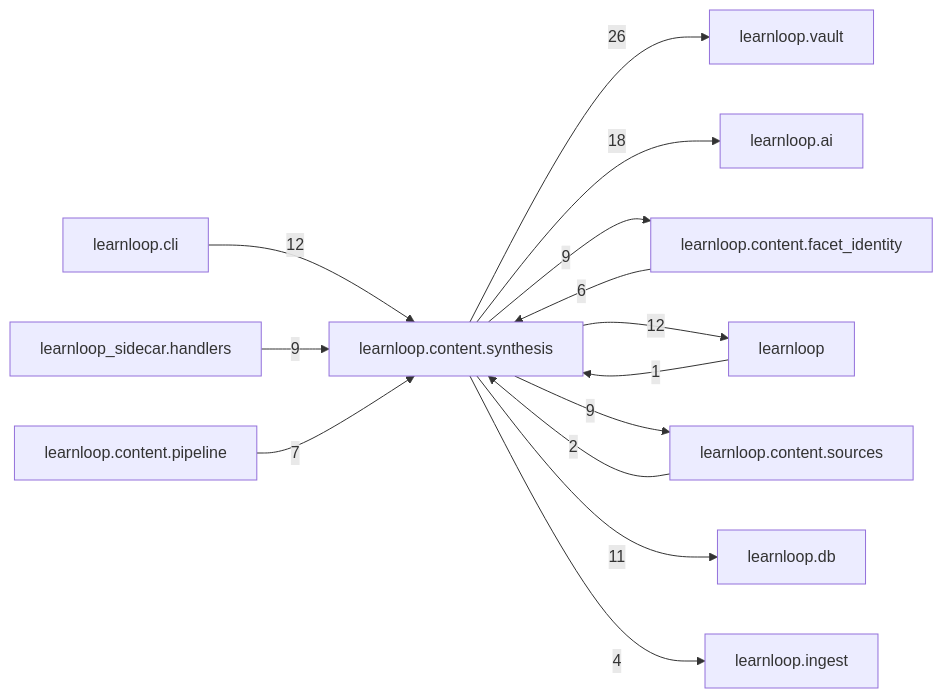
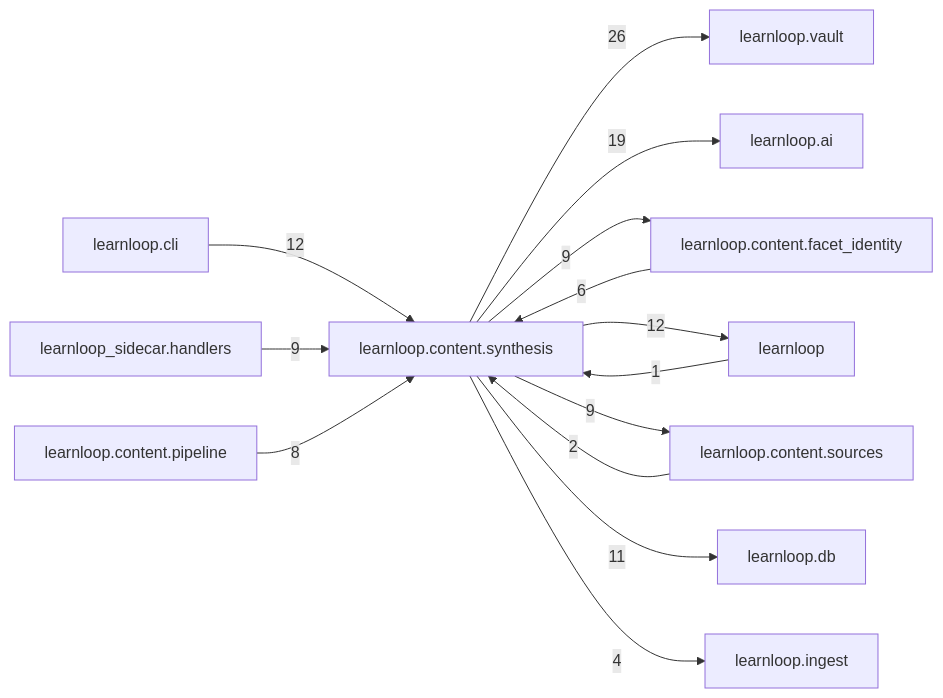
The diagram in docs/learnloop-architecture-vault/Reference/Modules/learnloop/content/synthesis/_package.md (6up-b/learnanything), drawn with Mermaid before and after one commit. The commit also changed other lines of this file and 78 other files, not shown here.

````diff
--- a/docs/learnloop-architecture-vault/Reference/Modules/learnloop/content/synthesis/_package.md
+++ b/docs/learnloop-architecture-vault/Reference/Modules/learnloop/content/synthesis/_package.md
@@ -122,27 +122,27 @@
 ```mermaid
 flowchart LR
     center["learnloop.content.synthesis"]
     n_learnloop_vault["learnloop.vault"]
     n_learnloop_ai["learnloop.ai"]
     n_learnloop_content_facet_identity["learnloop.content.facet_identity"]
     n_learnloop["learnloop"]
     n_learnloop_cli["learnloop.cli"]
     n_learnloop_content_sources["learnloop.content.sources"]
     n_learnloop_db["learnloop.db"]
     n_learnloop_sidecar_handlers["learnloop_sidecar.handlers"]
     n_learnloop_content_pipeline["learnloop.content.pipeline"]
     n_learnloop_ingest["learnloop.ingest"]
     center -->|26| n_learnloop_vault
-    center -->|18| n_learnloop_ai
+    center -->|19| n_learnloop_ai
     n_learnloop_content_facet_identity -->|6| center
     center -->|9| n_learnloop_content_facet_identity
     n_learnloop -->|1| center
     center -->|12| n_learnloop
     n_learnloop_cli -->|12| center
     n_learnloop_content_sources -->|2| center
     center -->|9| n_learnloop_content_sources
     center -->|11| n_learnloop_db
     n_learnloop_sidecar_handlers -->|9| center
-    n_learnloop_content_pipeline -->|7| center
+    n_learnloop_content_pipeline -->|8| center
     center -->|4| n_learnloop_ingest
 ```
````
